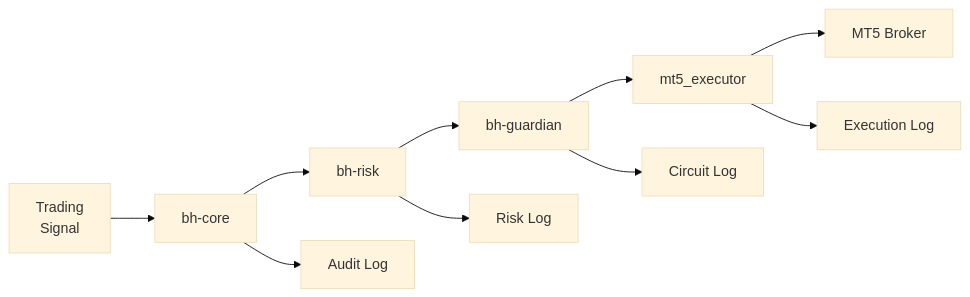
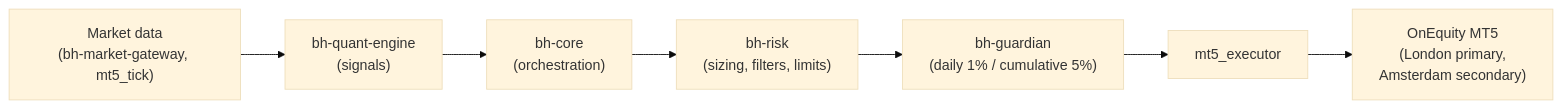
Before and after one commit to blackholefund/external_docs: the first of 2 diagrams in docs/architecture/overview.md, drawn with Mermaid (base theme). The commit also changed other lines of this file and 17 other files, not shown here.

````diff
--- a/docs/architecture/overview.md
+++ b/docs/architecture/overview.md
@@ -135,13 +23,9 @@
 ```mermaid
 flowchart LR
-    Signal["Trading\nSignal"] --> Core["bh-core"]
-    Core --> Risk["bh-risk"]
-    Risk --> Guardian["bh-guardian"]
+    MD["Market data\n(bh-market-gateway, mt5_tick)"] --> Quant["bh-quant-engine\n(signals)"]
+    Quant --> Core["bh-core\n(orchestration)"]
+    Core --> Risk["bh-risk\n(sizing, filters, limits)"]
+    Risk --> Guardian["bh-guardian\n(daily 1% / cumulative 5%)"]
     Guardian --> Executor["mt5_executor"]
-    Executor --> Broker["MT5 Broker"]
-
-    Core --> AuditLog["Audit Log"]
-    Risk --> RiskLog["Risk Log"]
-    Guardian --> CircuitLog["Circuit Log"]
-    Executor --> ExecLog["Execution Log"]
+    Executor --> Broker["OnEquity MT5\n(London primary,\nAmsterdam secondary)"]
 ```
````
